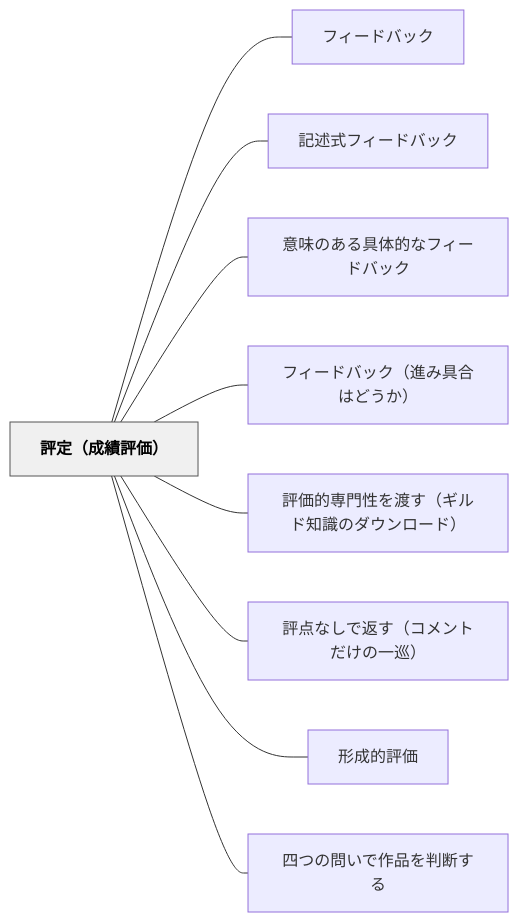
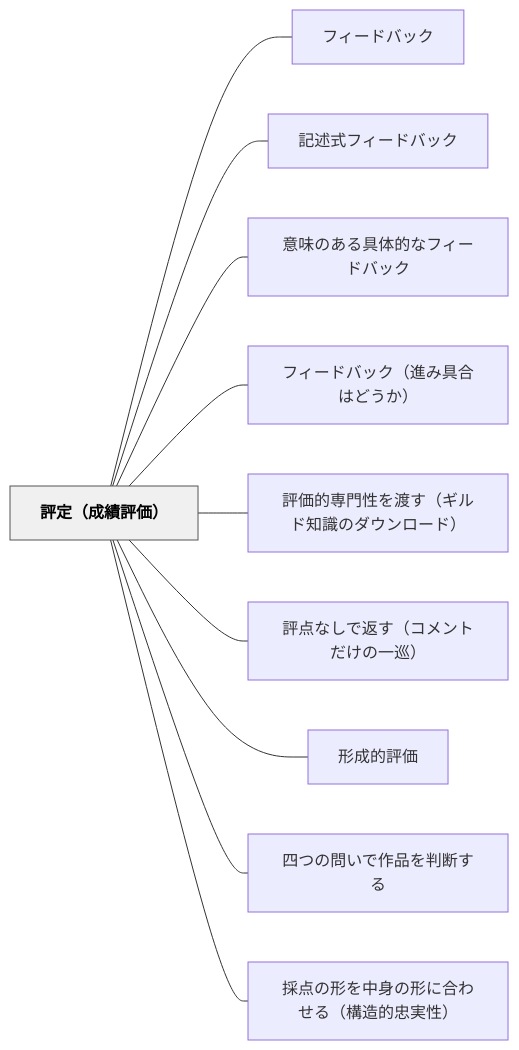
The diagram in content/パタン/評定（成績評価）.md (unknownthings-ed-patterns/unknownthings-ed-patterns), drawn with Mermaid before and after one commit. The commit also changed other lines of this file and 9 other files, not shown here.

````diff
--- a/content/パタン/評定（成績評価）.md
+++ b/content/パタン/評定（成績評価）.md
@@ -111,24 +114,26 @@
 ```mermaid
 flowchart LR
     ne8a995e5ae9aefbc88e68890e7b8bee8a995e4bea1efbc89["評定（成績評価）"]
     ne38395e382a3e383bce38389e38390e38383e382af["フィードバック"]
     ne8a898e8bfb0e5bc8fe38395e382a3e383bce38389e38390e38383e382af["記述式フィードバック"]
     ne6848fe591b3e381aee38182e3828be585b7e4bd93e79a84e381aae38395e382a3e383bce38389e38390e38383e382af["意味のある具体的なフィードバック"]
     ne38395e382a3e383bce38389e38390e38383e382afefbc88e980b2e381bfe585b7e59088e381afe381a9e38186e3818befbc89["フィードバック（進み具合はどうか）"]
     ne8a995e4bea1e79a84e5b082e99680e680a7e38292e6b8a1e38199efbc88e382aee383abe38389e79fa5e8ad98e381aee38380e382a6e383b3e383ade383bce38389efbc89["評価的専門性を渡す（ギルド知識のダウンロード）"]
     ne8a995e782b9e381aae38197e381a7e8bf94e38199efbc88e382b3e383a1e383b3e38388e381a0e38191e381aee4b880e5b7a1efbc89["評点なしで返す（コメントだけの一巡）"]
     ne5bda2e68890e79a84e8a995e4bea1["形成的評価"]
     ne59b9be381a4e381aee5958fe38184e381a7e4bd9ce59381e38292e588a4e696ade38199e3828b["四つの問いで作品を判断する"]
+    ne68ea1e782b9e381aee5bda2e38292e4b8ade8baabe381aee5bda2e381abe59088e3828fe3819be3828befbc88e6a78be980a0e79a84e5bfa0e5ae9fe680a7efbc89["採点の形を中身の形に合わせる（構造的忠実性）"]
 
     ne8a995e5ae9aefbc88e68890e7b8bee8a995e4bea1efbc89 --- ne38395e382a3e383bce38389e38390e38383e382af
     ne8a995e5ae9aefbc88e68890e7b8bee8a995e4bea1efbc89 --- ne8a898e8bfb0e5bc8fe38395e382a3e383bce38389e38390e38383e382af
     ne8a995e5ae9aefbc88e68890e7b8bee8a995e4bea1efbc89 --- ne6848fe591b3e381aee38182e3828be585b7e4bd93e79a84e381aae38395e382a3e383bce38389e38390e38383e382af
     ne8a995e5ae9aefbc88e68890e7b8bee8a995e4bea1efbc89 --- ne38395e382a3e383bce38389e38390e38383e382afefbc88e980b2e381bfe585b7e59088e381afe381a9e38186e3818befbc89
     ne8a995e5ae9aefbc88e68890e7b8bee8a995e4bea1efbc89 --- ne8a995e4bea1e79a84e5b082e99680e680a7e38292e6b8a1e38199efbc88e382aee383abe38389e79fa5e8ad98e381aee38380e382a6e383b3e383ade383bce38389efbc89
     ne8a995e5ae9aefbc88e68890e7b8bee8a995e4bea1efbc89 --- ne8a995e782b9e381aae38197e381a7e8bf94e38199efbc88e382b3e383a1e383b3e38388e381a0e38191e381aee4b880e5b7a1efbc89
     ne8a995e5ae9aefbc88e68890e7b8bee8a995e4bea1efbc89 --- ne5bda2e68890e79a84e8a995e4bea1
     ne8a995e5ae9aefbc88e68890e7b8bee8a995e4bea1efbc89 --- ne59b9be381a4e381aee5958fe38184e381a7e4bd9ce59381e38292e588a4e696ade38199e3828b
+    ne8a995e5ae9aefbc88e68890e7b8bee8a995e4bea1efbc89 --- ne68ea1e782b9e381aee5bda2e38292e4b8ade8baabe381aee5bda2e381abe59088e3828fe3819be3828befbc88e6a78be980a0e79a84e5bfa0e5ae9fe680a7efbc89
 
     classDef hub fill:#f0f0f0,stroke:#555,color:#000,font-weight:bold
     class ne8a995e5ae9aefbc88e68890e7b8bee8a995e4bea1efbc89 hub
 ```
````
